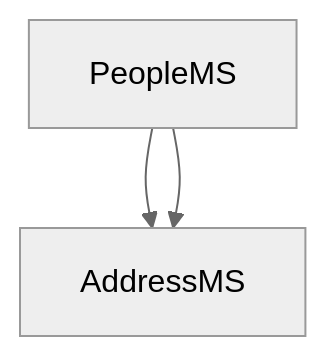
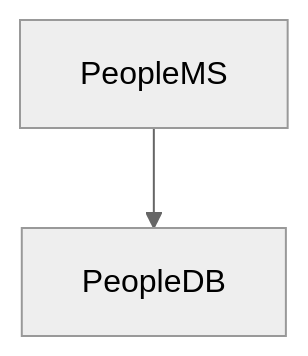
One commit to warleyvods/pessoa-microservice changed the diagram in README.md. Above: the diagram before and after it, drawn with Mermaid (neutral theme). The commit also changed other lines of this file, not shown here.

````diff
--- a/README.md
+++ b/README.md
@@ -3,5 +14,4 @@
 ```mermaid
 graph TD;
-    PeopleMS-->AddressMS;
-    PeopleMS-->AddressMS;
+    PeopleMS-->PeopleDB;
 ```
````
